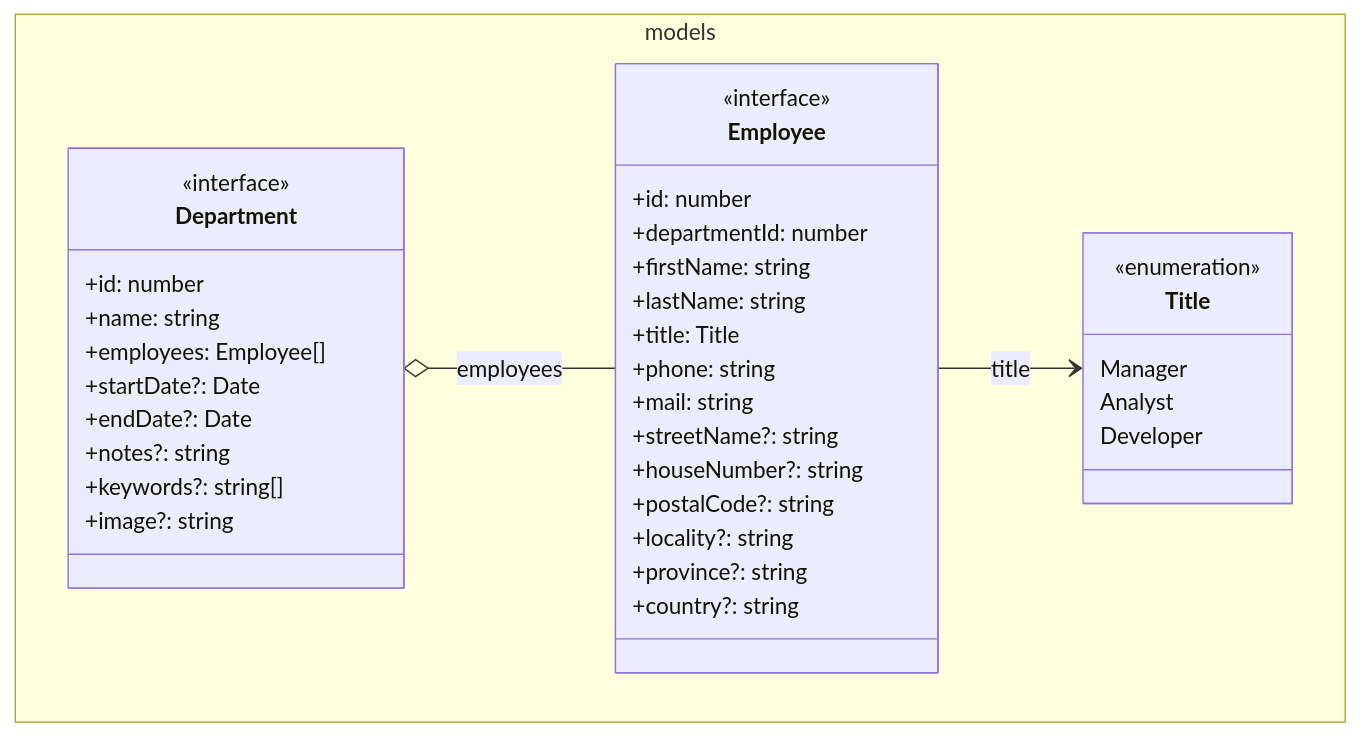
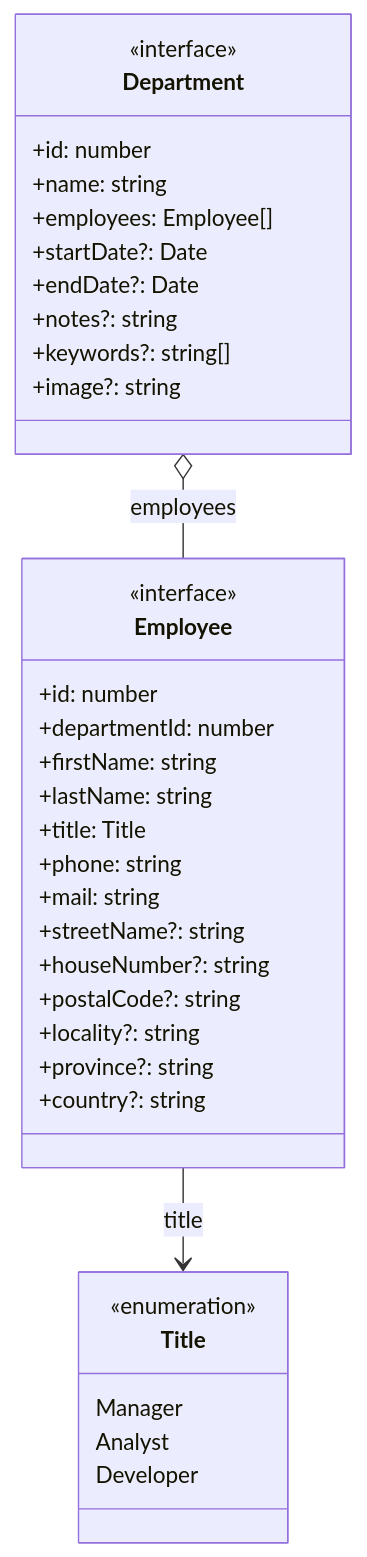
One commit to k1729p/Study27 changed the diagram in docs/mermaid/classDiagram.md. Above: the diagram before and after it, drawn with Mermaid.

````diff
--- a/docs/mermaid/classDiagram.md
+++ b/docs/mermaid/classDiagram.md
@@ -3,41 +3,39 @@
 ```mermaid
 classDiagram
 direction TD
-namespace models {
-  class Department {
-    <<interface>>
-    +id: number
-    +name: string
-    +employees: Employee[]
-    +startDate?: Date
-    +endDate?: Date
-    +notes?: string
-    +keywords?: string[]
-    +image?: string
-  }
-  class Employee {
-    <<interface>>
-    +id: number
-    +departmentId: number
-    +firstName: string
-    +lastName: string
-    +title: Title
-    +phone: string
-    +mail: string
-    +streetName?: string
-    +houseNumber?: string
-    +postalCode?: string
-    +locality?: string
-    +province?: string
-    +country?: string
-  }
-  class Title {
-    <<enumeration>>
-    Manager
-    Analyst
-    Developer
-  }
+class Department {
+  <<interface>>
+  +id: number
+  +name: string
+  +employees: Employee[]
+  +startDate?: Date
+  +endDate?: Date
+  +notes?: string
+  +keywords?: string[]
+  +image?: string
+}
+class Employee {
+  <<interface>>
+  +id: number
+  +departmentId: number
+  +firstName: string
+  +lastName: string
+  +title: Title
+  +phone: string
+  +mail: string
+  +streetName?: string
+  +houseNumber?: string
+  +postalCode?: string
+  +locality?: string
+  +province?: string
+  +country?: string
+}
+class Title {
+  <<enumeration>>
+  Manager
+  Analyst
+  Developer
 }
 Department o-- Employee  : employees
 Employee --> Title : title
 ```
````
